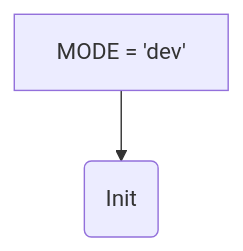
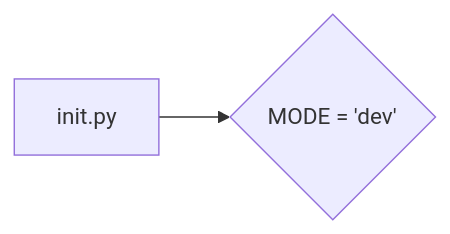
Before and after one commit to hypo69/hypo: the first of 2 diagrams in docs/gemini/ru/explainer/src/ai/myai/__init__.md, drawn with Mermaid. The commit also changed other lines of this file and 877 other files, not shown here.

````diff
--- a/docs/gemini/ru/explainer/src/ai/myai/__init__.md
+++ b/docs/gemini/ru/explainer/src/ai/myai/__init__.md
@@ -23,4 +23,4 @@
 ```mermaid
-graph TD
-    A[MODE = 'dev'] --> B(Init);
+graph LR
+    A[init.py] --> B{MODE = 'dev'};
 ```
````
